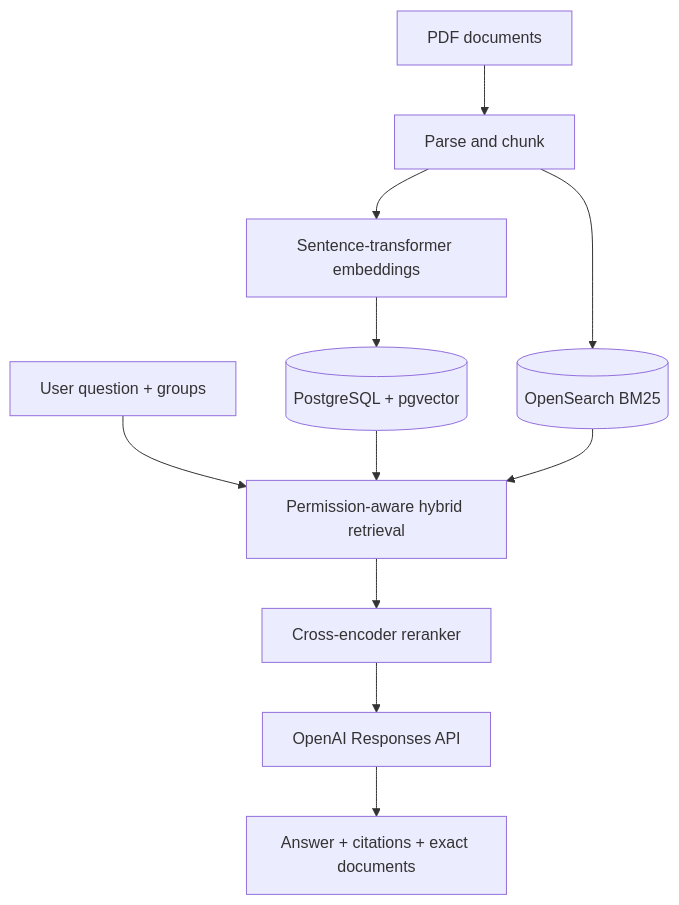
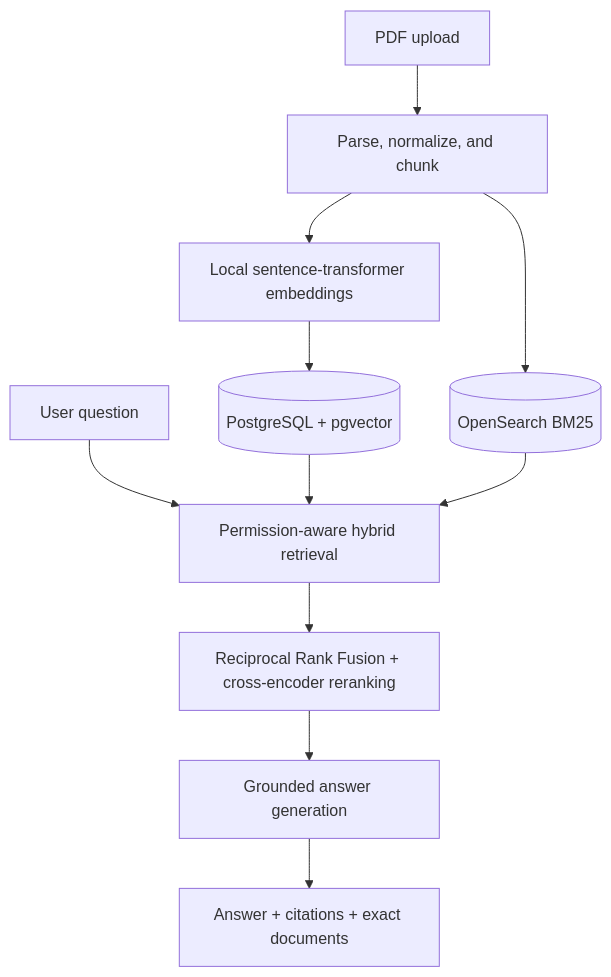
One commit to Aryamanjmwl/JKUAI changed the diagram in README.md. Above: the diagram before and after it, drawn with Mermaid. The commit also changed other lines of this file, not shown here.

````diff
--- a/README.md
+++ b/README.md
@@ -7,13 +31,13 @@
 ```mermaid
 flowchart TD
-    A[PDF documents] --> B[Parse and chunk]
-    B --> C[Sentence-transformer embeddings]
-    C --> D[(PostgreSQL + pgvector)]
-    B --> E[(OpenSearch BM25)]
-    Q[User question + groups] --> F[Permission-aware hybrid retrieval]
-    D --> F
-    E --> F
-    F --> G[Cross-encoder reranker]
-    G --> H[OpenAI Responses API]
-    H --> I[Answer + citations + exact documents]
+    D["PDF upload"] --> P["Parse, normalize, and chunk"]
+    P --> E["Local sentence-transformer embeddings"]
+    E --> PG[("PostgreSQL + pgvector")]
+    P --> OS[("OpenSearch BM25")]
+    Q["User question"] --> H["Permission-aware hybrid retrieval"]
+    PG --> H
+    OS --> H
+    H --> R["Reciprocal Rank Fusion + cross-encoder reranking"]
+    R --> G["Grounded answer generation"]
+    G --> O["Answer + citations + exact documents"]
 ```
````
